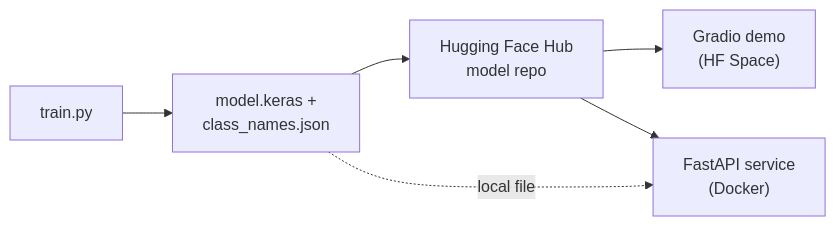
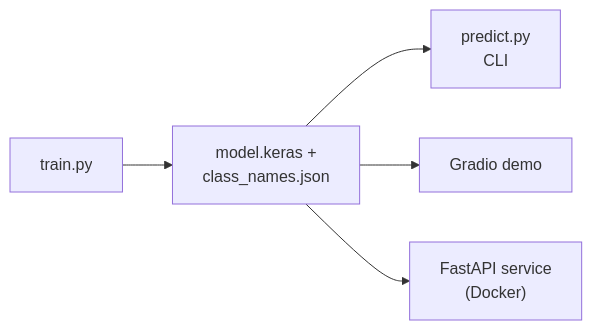
The second of 2 diagrams in README.md (esammostafa9-cloud/resisc45-scene-classification), drawn with Mermaid before and after one commit. The commit also changed other lines of this file and 4 other files, not shown here.

````diff
--- a/README.md
+++ b/README.md
@@ -150,8 +151,7 @@
 ```mermaid
 flowchart LR
     T["train.py"] --> M["model.keras +<br/>class_names.json"]
-    M --> H["Hugging Face Hub<br/>model repo"]
-    H --> S["Gradio demo<br/>(HF Space)"]
-    H --> API["FastAPI service<br/>(Docker)"]
-    M -. local file .-> API
+    M --> C["predict.py<br/>CLI"]
+    M --> S["Gradio demo"]
+    M --> API["FastAPI service<br/>(Docker)"]
 ```
````
